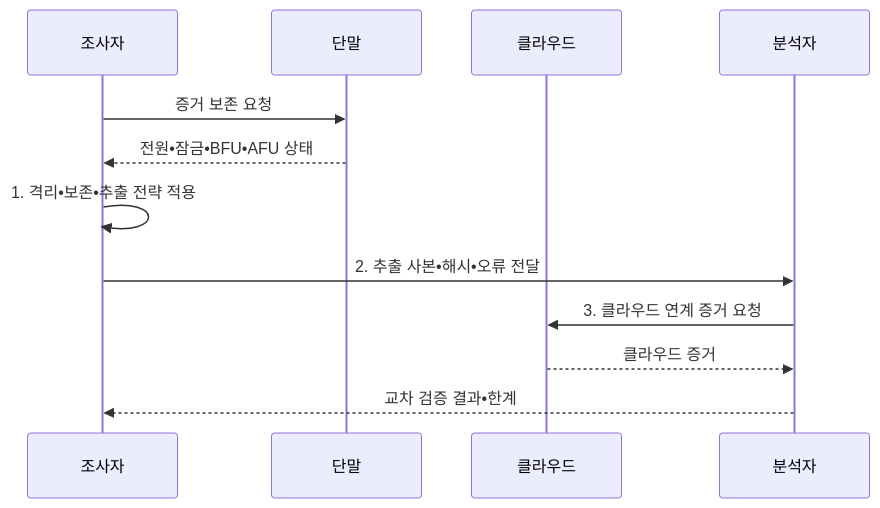
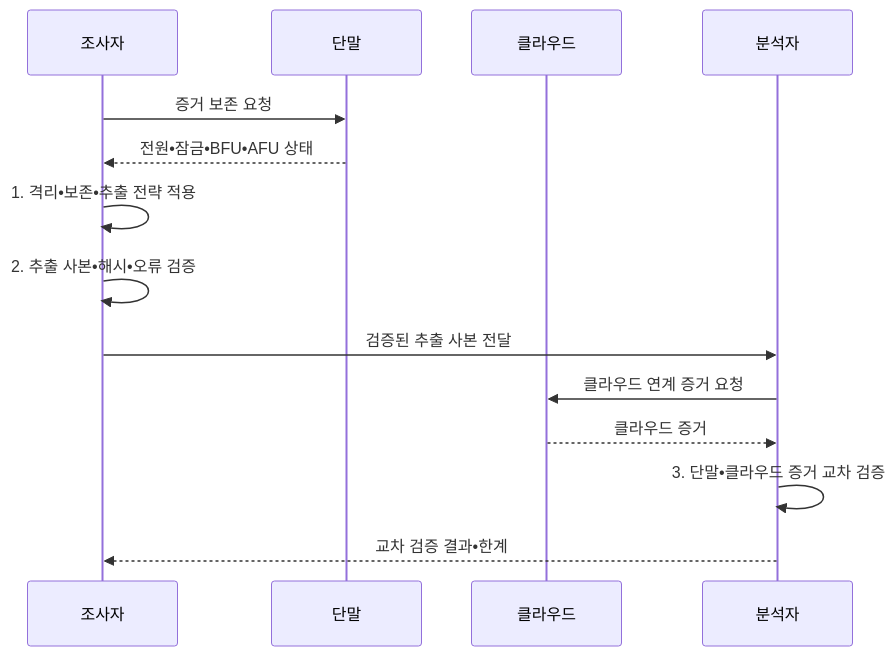
The second of 2 diagrams in src/content/docs/notes/05-security/115_mobile_forensics.md (agnusdei1207/knowledge-base), drawn with Mermaid before and after one commit. The commit also changed other lines of this file and 20 other files, not shown here.

````diff
--- a/src/content/docs/notes/05-security/115_mobile_forensics.md
+++ b/src/content/docs/notes/05-security/115_mobile_forensics.md
@@ -99,14 +99,16 @@
 ```mermaid
 sequenceDiagram
   participant I as 조사자
   participant D as 단말
   participant C as 클라우드
   participant A as 분석자
   I->>D: 증거 보존 요청
   D-->>I: 전원•잠금•BFU•AFU 상태
   I->>I: 1. 격리•보존•추출 전략 적용
-  I->>A: 2. 추출 사본•해시•오류 전달
-  A->>C: 3. 클라우드 연계 증거 요청
+  I->>I: 2. 추출 사본•해시•오류 검증
+  I->>A: 검증된 추출 사본 전달
+  A->>C: 클라우드 연계 증거 요청
   C-->>A: 클라우드 증거
+  A->>A: 3. 단말•클라우드 증거 교차 검증
   A-->>I: 교차 검증 결과•한계
 ```
````
